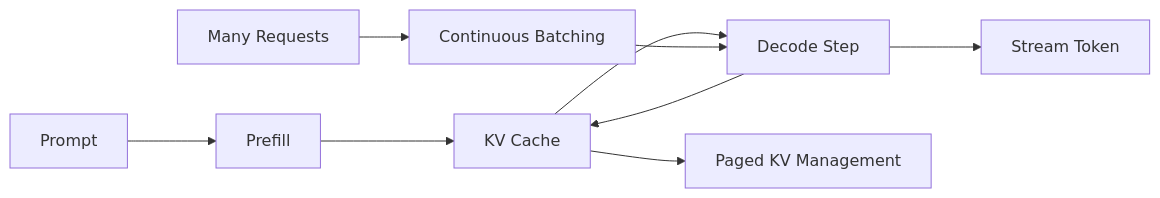
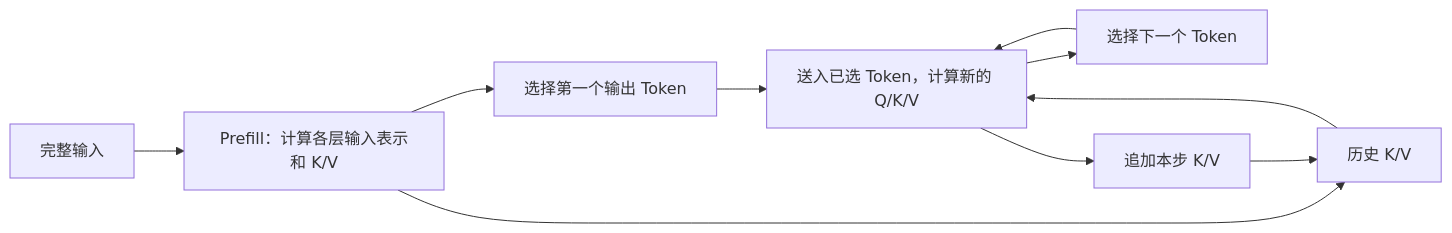
One commit to studyzhige-ui/ai-application-interview-handbook changed the third of 5 diagrams in curriculum/07-llm-foundation/review/README.md. Above: the diagram before and after it, drawn with Mermaid. The commit also changed other lines of this file and 23 other files, not shown here.

````diff
--- a/curriculum/07-llm-foundation/review/README.md
+++ b/curriculum/07-llm-foundation/review/README.md
@@ -85,11 +57,12 @@
 ```mermaid
 flowchart LR
-    A["Prompt"] --> B["Prefill"]
-    B --> C["KV Cache"]
-    C --> D["Decode Step"]
-    D --> E["Stream Token"]
-    D --> C
-    F["Many Requests"] --> G["Continuous Batching"]
-    G --> D
-    C --> H["Paged KV Management"]
+    P[完整输入] --> F[Prefill：计算各层输入表示和 K/V]
+    F --> T[选择第一个输出 Token]
+    F --> C[历史 K/V]
+    T --> D[送入已选 Token，计算新的 Q/K/V]
+    C --> D
+    D --> N[选择下一个 Token]
+    D --> U[追加本步 K/V]
+    U --> C
+    N --> D
 ```
````
